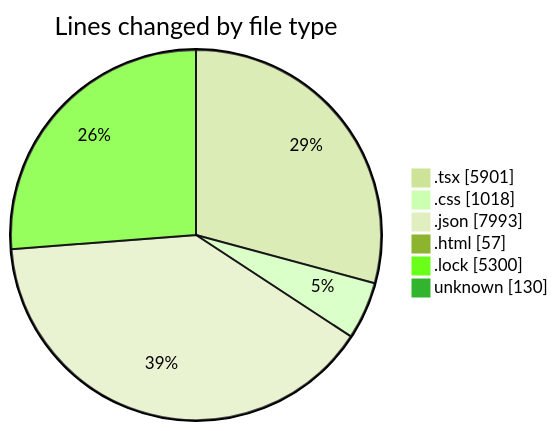
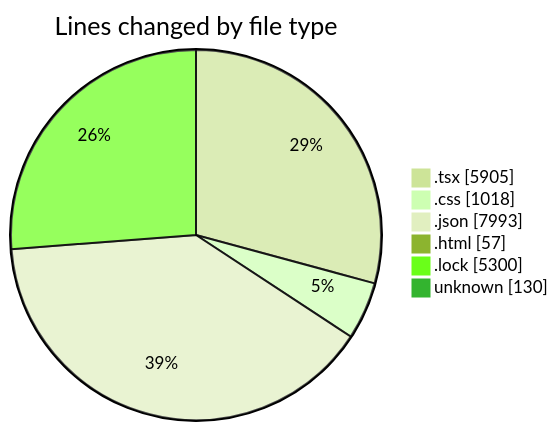
Before and after one commit to EIIisD/code-tracking: the first of 2 diagrams in 2025-08-12/ribbon/README.md, drawn with Mermaid (forest theme). The commit also changed other lines of this file and 1 other file, not shown here.

````diff
--- a/2025-08-12/ribbon/README.md
+++ b/2025-08-12/ribbon/README.md
@@ -45,10 +45,10 @@
 ```mermaid
 pie showData
 title Lines changed by file type
-".tsx" : 5901
+".tsx" : 5905
 ".css" : 1018
 ".json" : 7993
 ".html" : 57
 ".lock" : 5300
 "unknown" : 130
 ```
````
